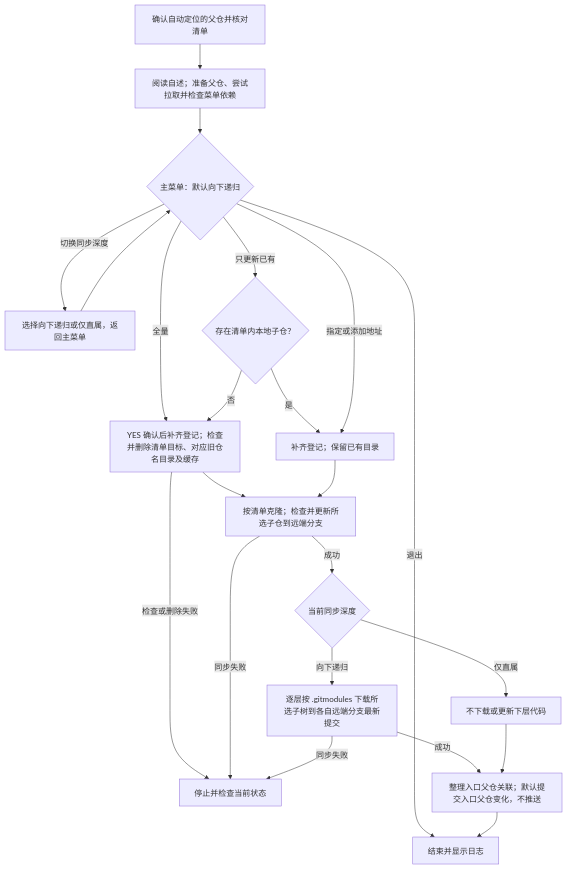
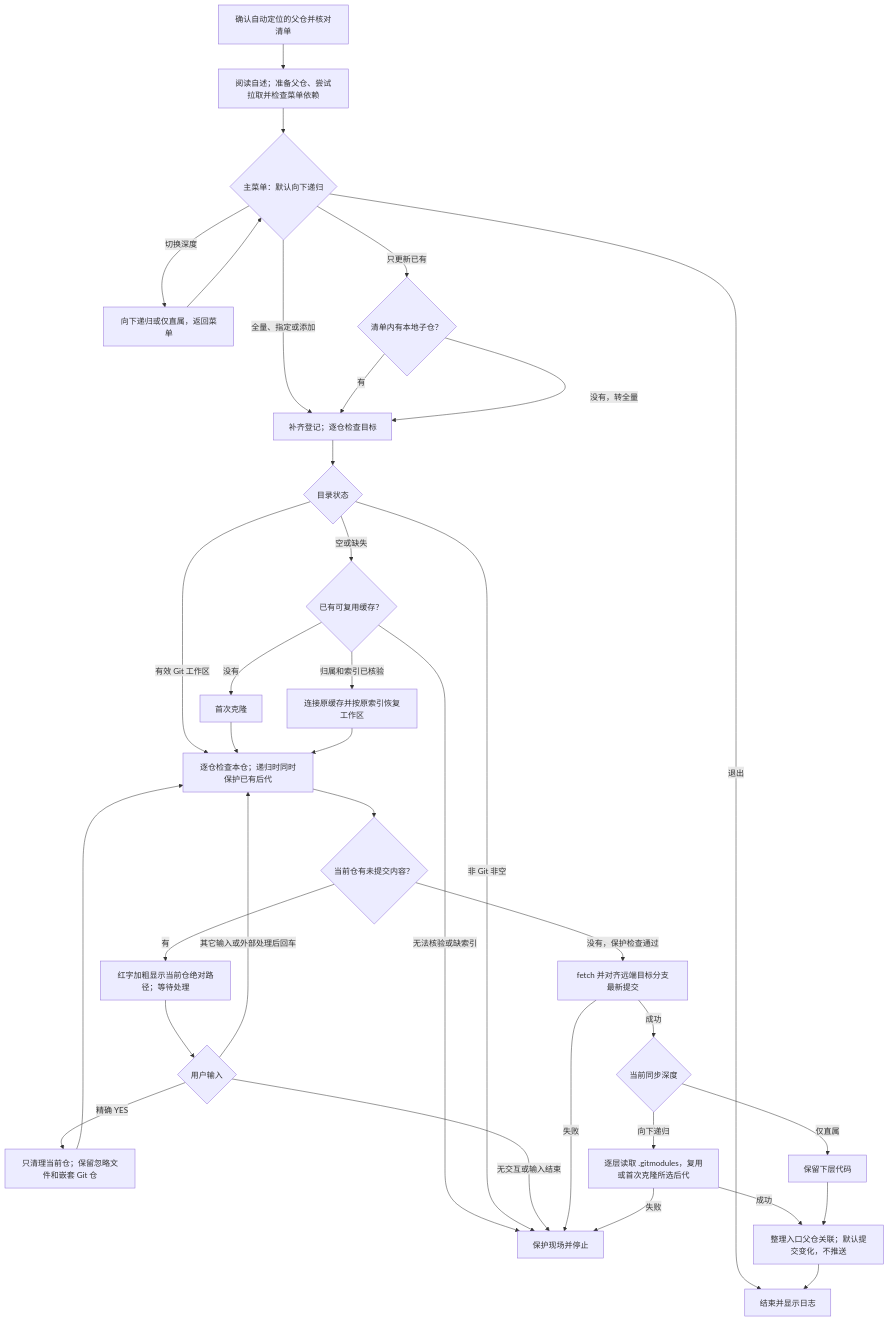
Before and after one commit to JobsKits/JobsCommand-Gits: the diagram in 【MacOS】⏬下载配置当前Git子模块（可向下同步递归）.command/README.md, drawn with Mermaid. The commit also changed other lines of this file and 6 other files, not shown here.

````diff
--- a/【MacOS】⏬下载配置当前Git子模块（可向下同步递归）.command/README.md
+++ b/【MacOS】⏬下载配置当前Git子模块（可向下同步递归）.command/README.md
@@ -184,24 +197,37 @@
 ```mermaid
 flowchart TD
     A["确认自动定位的父仓并核对清单"] --> B["阅读自述；准备父仓、尝试拉取并检查菜单依赖"]
     B --> C{"主菜单：默认向下递归"}
-    C -->|"切换同步深度"| M["选择向下递归或仅直属，返回主菜单"]
+    C -->|"切换深度"| M["向下递归或仅直属，返回菜单"]
     M --> C
-    C -->|"全量"| D["YES 确认后补齐登记；检查并删除清单目标、对应旧仓名目录及缓存"]
-    C -->|"只更新已有"| E{"存在清单内本地子仓？"}
-    E -->|"否"| D
-    E -->|"是"| F["补齐登记；保留已有目录"]
-    C -->|"指定或添加地址"| F
+    C -->|"全量、指定或添加"| F["补齐登记；逐仓检查目标"]
+    C -->|"只更新已有"| E{"清单内有本地子仓？"}
+    E -->|"有"| F
+    E -->|"没有，转全量"| F
     C -->|"退出"| Y["结束并显示日志"]
-    D --> G["按清单克隆；检查并更新所选子仓到远端分支"]
-    F --> G
-    D -->|"检查或删除失败"| X["停止并检查当前状态"]
-    G -->|"同步失败"| X
-    G -->|"成功"| H{"当前同步深度"}
-    H -->|"向下递归"| J["逐层按 .gitmodules 下载所选子树到各自远端分支最新提交"]
-    H -->|"仅直属"| K["不下载或更新下层代码"]
-    J -->|"同步失败"| X
-    J -->|"成功"| I["整理入口父仓关联；默认提交入口父仓变化，不推送"]
+    F --> G{"目录状态"}
+    G -->|"有效 Git 工作区"| N["逐仓检查本仓；递归时同时保护已有后代"]
+    G -->|"空或缺失"| R{"已有可复用缓存？"}
+    R -->|"没有"| Q["首次克隆"]
+    R -->|"归属和索引已核验"| T["连接原缓存并按原索引恢复工作区"]
+    R -->|"无法核验或缺索引"| X["保护现场并停止"]
+    G -->|"非 Git 非空"| X
+    Q --> N
+    T --> N
+    N --> O{"当前仓有未提交内容？"}
+    O -->|"有"| W["红字加粗显示当前仓绝对路径；等待处理"]
+    W --> U{"用户输入"}
+    U -->|"精确 YES"| V["只清理当前仓；保留忽略文件和嵌套 Git 仓"]
+    V --> N
+    U -->|"其它输入或外部处理后回车"| N
+    U -->|"无交互或输入结束"| X
+    O -->|"没有，保护检查通过"| L["fetch 并对齐远端目标分支最新提交"]
+    L -->|"失败"| X
+    L -->|"成功"| H{"当前同步深度"}
+    H -->|"向下递归"| J["逐层读取 .gitmodules，复用或首次克隆所选后代"]
+    H -->|"仅直属"| K["保留下层代码"]
+    J -->|"失败"| X
+    J -->|"成功"| I["整理入口父仓关联；默认提交变化，不推送"]
     K --> I
     I --> Y
 ```
````
